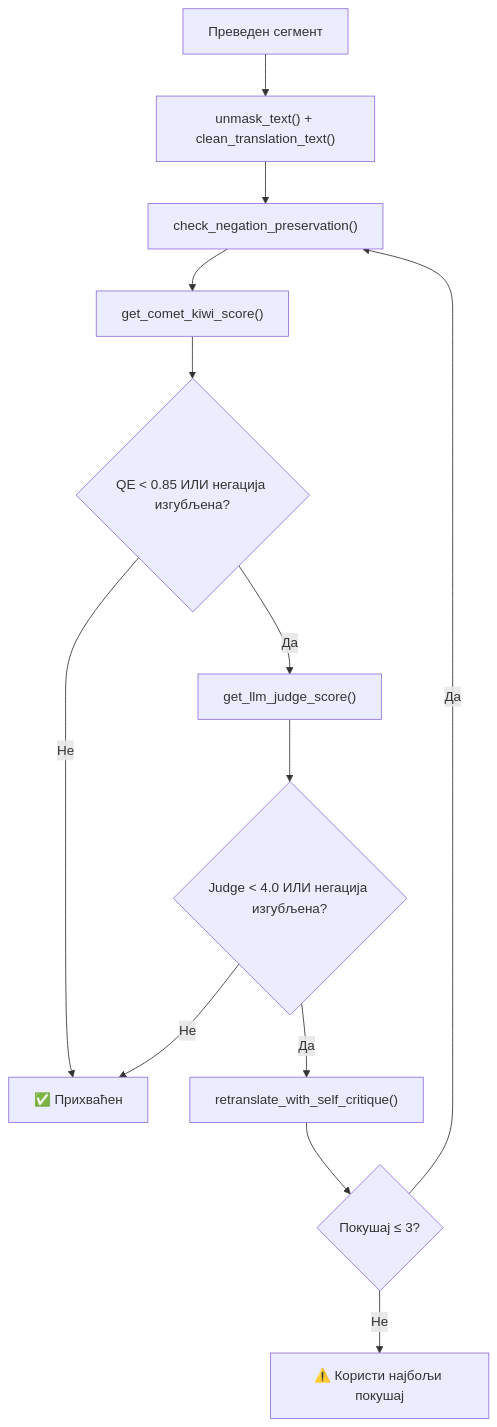
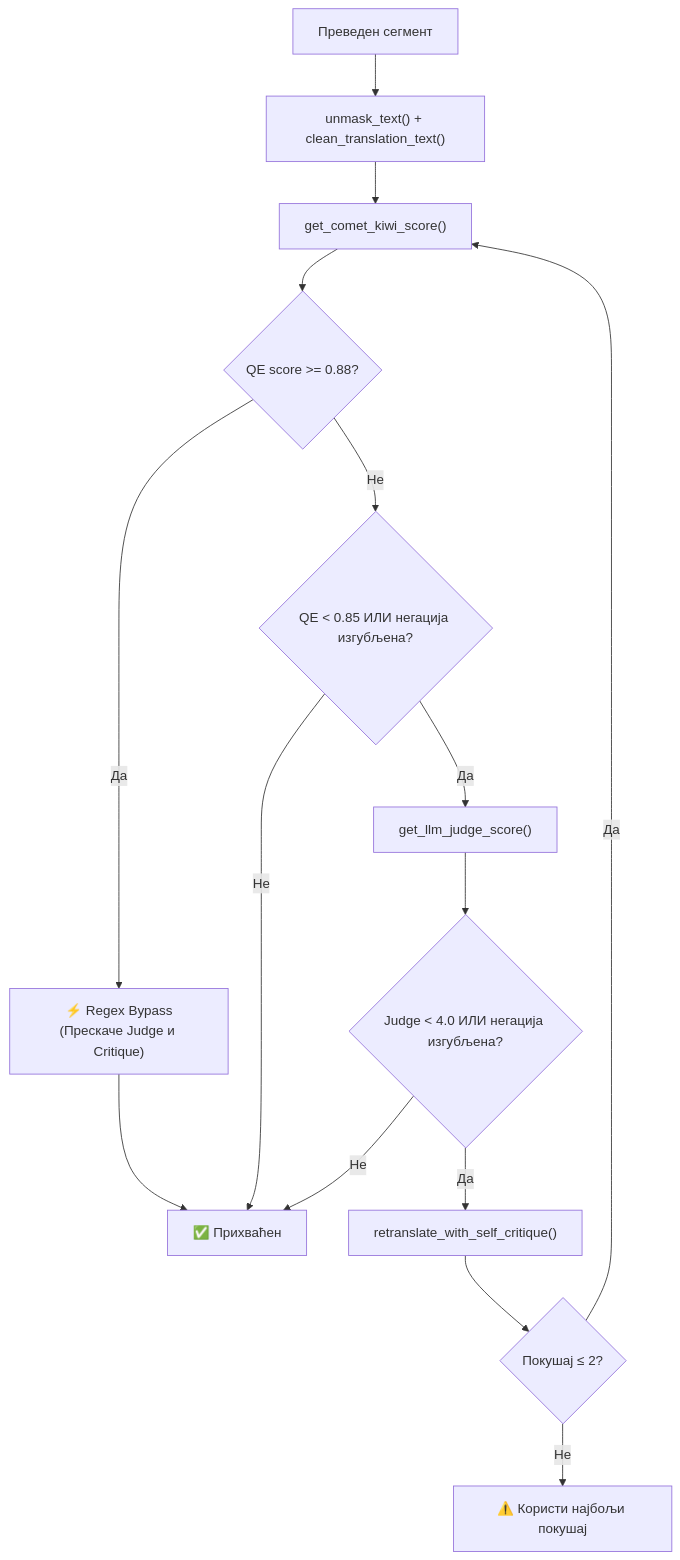
One commit to Gruya13/sinhronizuj.me changed the second of 6 diagrams in proces_prevodjenja.md. Above: the diagram before and after it, drawn with Mermaid. The commit also changed other lines of this file and 2 other files, not shown here.

````diff
--- a/proces_prevodjenja.md
+++ b/proces_prevodjenja.md
@@ -263,15 +263,17 @@
 ```mermaid
 flowchart TD
     A["Преведен сегмент"] --> B["unmask_text() + clean_translation_text()"]
-    B --> C["check_negation_preservation()"]
-    C --> D["get_comet_kiwi_score()"]
-    D --> E{"QE < 0.85 ИЛИ негација изгубљена?"}
+    B --> C["get_comet_kiwi_score()"]
+    C --> D{"QE score >= 0.88?"}
+    D -- Да --> BYPASS["⚡ Regex Bypass\n(Прескаче Judge и Critique)"]
+    D -- Не --> E{"QE < 0.85 ИЛИ негација изгубљена?"}
     E -- Не --> OK["✅ Прихваћен"]
     E -- Да --> F["get_llm_judge_score()"]
     F --> G{"Judge < 4.0 ИЛИ негација изгубљена?"}
     G -- Не --> OK
     G -- Да --> H["retranslate_with_self_critique()"]
-    H --> I{"Покушај ≤ 3?"}
+    H --> I{"Покушај ≤ 2?"}
     I -- Да --> C
     I -- Не --> FALLBACK["⚠️ Користи најбољи покушај"]
+    BYPASS --> OK
 ```
````
